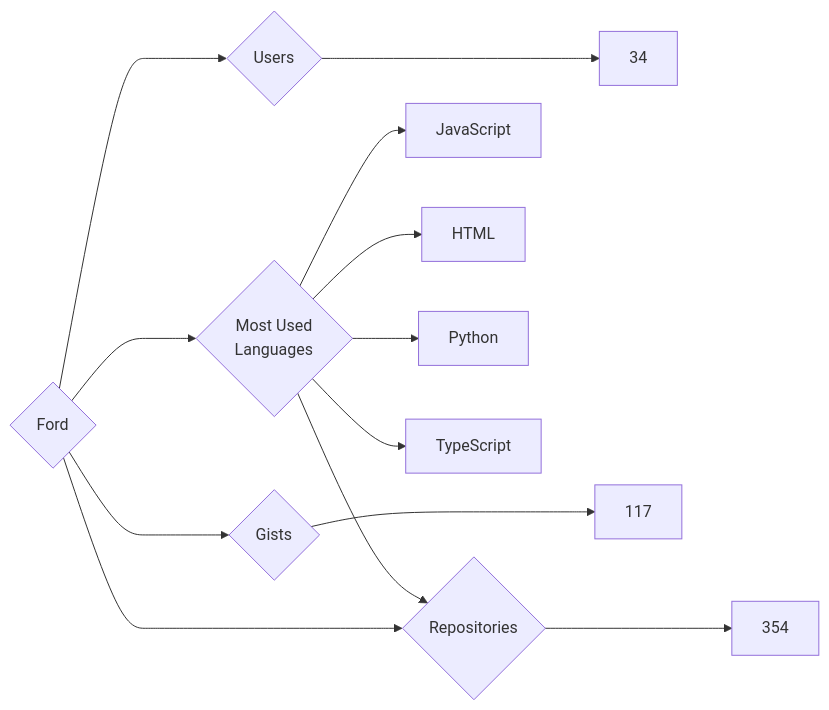
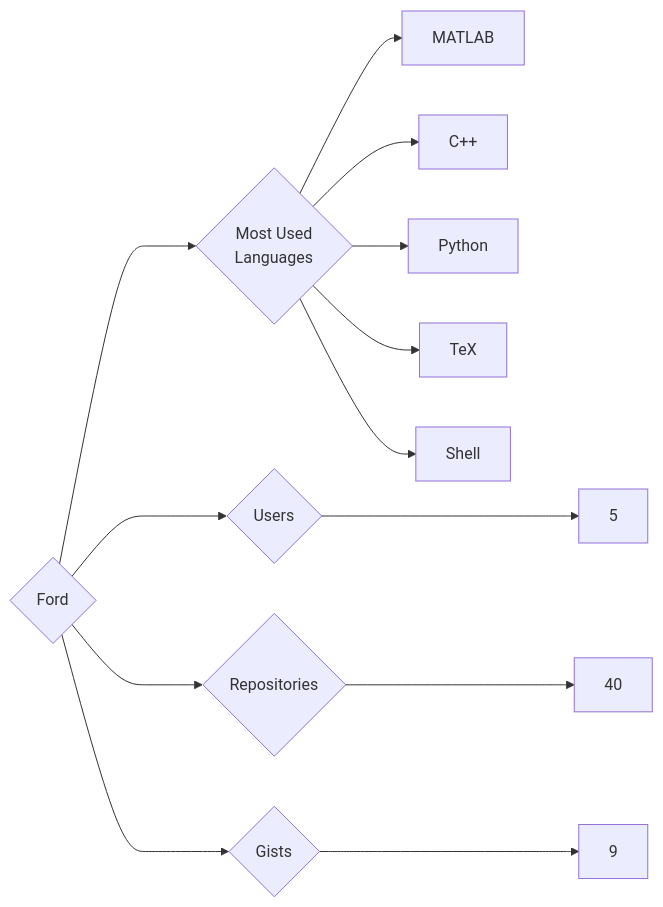
The diagram in targets/Ford/README.md (trickest/insiders), drawn with Mermaid before and after one commit. The commit also changed 951 other files, not shown here.

````diff
--- a/targets/Ford/README.md
+++ b/targets/Ford/README.md
@@ -3,13 +3,13 @@
 ```mermaid
 graph LR
 COMPANY_NAME{Ford}
-COMPANY_NAME ---> U{Users} ---> UN[34]
-COMPANY_NAME ---> R{Repositories} ---> RN[354]
-COMPANY_NAME ---> G{Gists} ---> GN[117]
+COMPANY_NAME ---> U{Users} ---> UN[5]
+COMPANY_NAME ---> R{Repositories} ---> RN[40]
+COMPANY_NAME ---> G{Gists} ---> GN[9]
 COMPANY_NAME ---> ML{Most Used<br>Languages}
-ML --> JavaScript
-ML --> HTML
-ML --> R
-ML --> Python
-ML --> TypeScript
+ML --> MATLAB[MATLAB]
+ML --> C++[C++]
+ML --> Python[Python]
+ML --> TeX[TeX]
+ML --> Shell[Shell]
 ```
````
